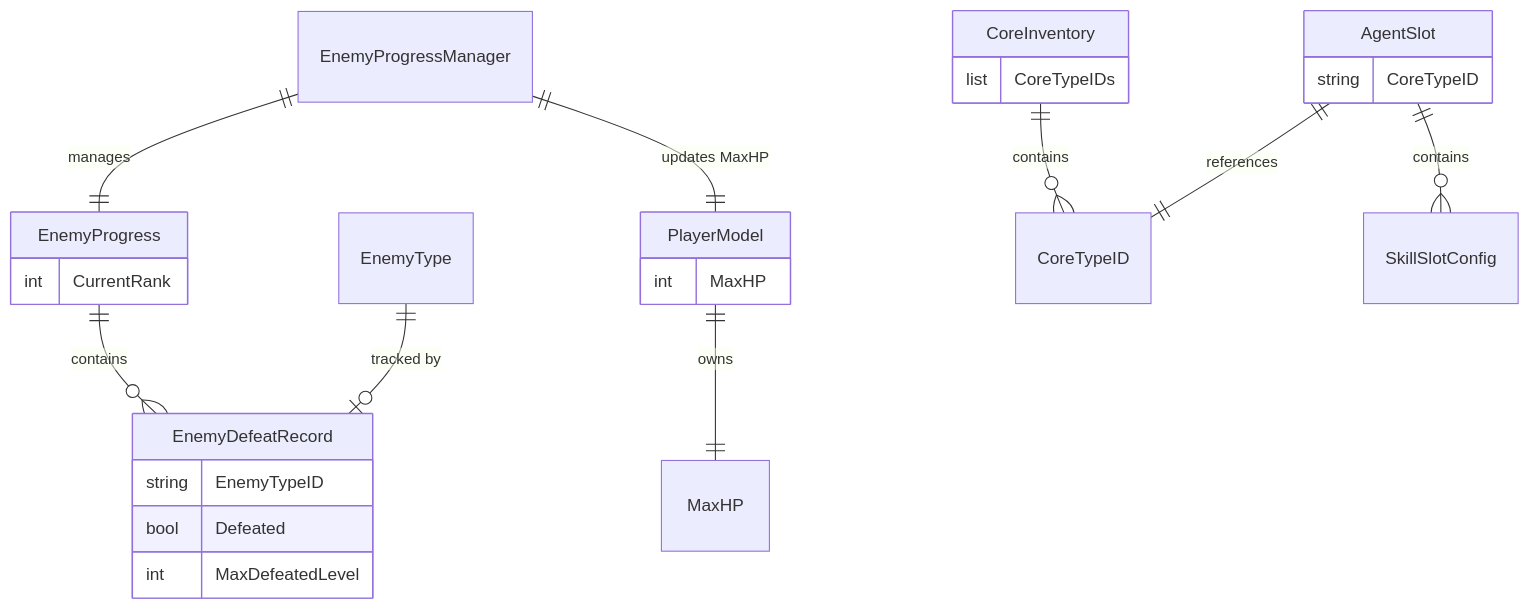
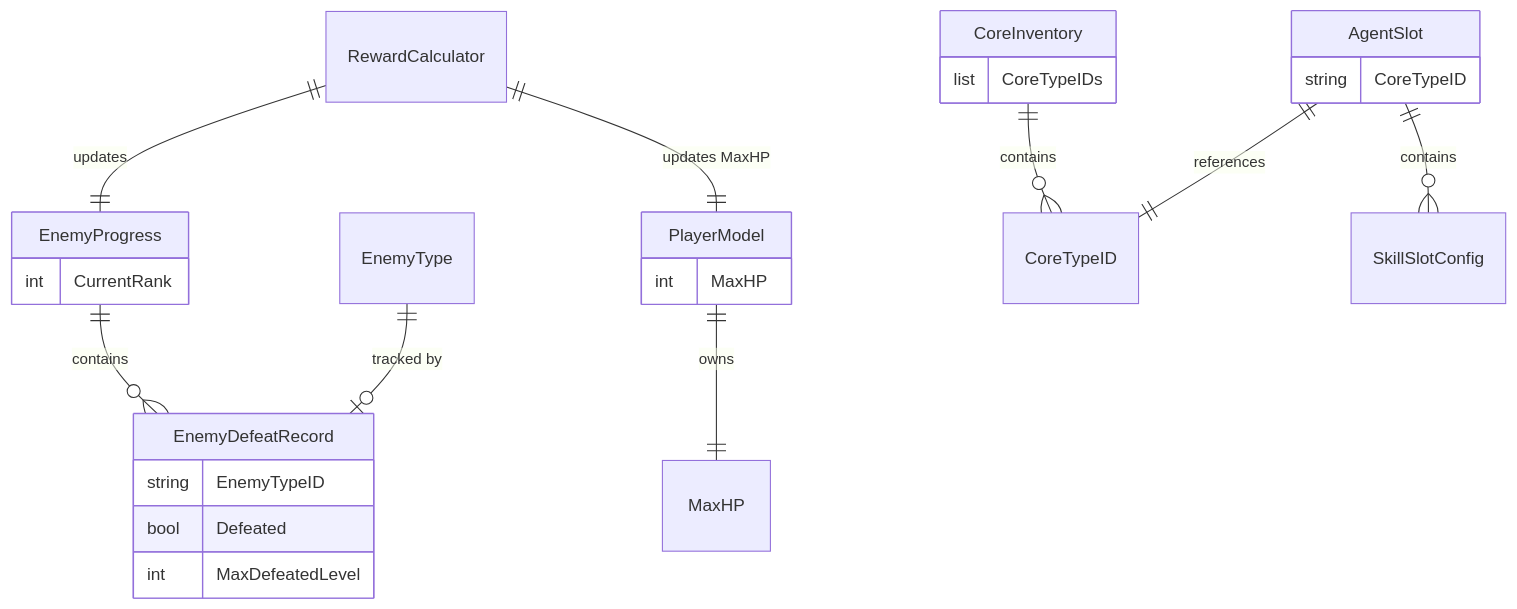
Before and after one commit to hirorocky/BlitzTypingOperator: the fourth of 4 diagrams in .kiro/specs/core-level-removal/design.md, drawn with Mermaid. The commit also changed other lines of this file and 6 other files, not shown here.

````diff
--- a/.kiro/specs/core-level-removal/design.md
+++ b/.kiro/specs/core-level-removal/design.md
@@ -723,29 +729,29 @@
 ```mermaid
 erDiagram
     EnemyProgress ||--o{ EnemyDefeatRecord : contains
-    EnemyProgressManager ||--|| EnemyProgress : manages
-    EnemyProgressManager ||--|| PlayerModel : "updates MaxHP"
+    RewardCalculator ||--|| EnemyProgress : updates
+    RewardCalculator ||--|| PlayerModel : "updates MaxHP"
     EnemyType ||--o| EnemyDefeatRecord : "tracked by"
     CoreInventory ||--o{ CoreTypeID : contains
     AgentSlot ||--|| CoreTypeID : references
     AgentSlot ||--o{ SkillSlotConfig : contains
     PlayerModel ||--|| MaxHP : owns
 
     EnemyProgress {
         int CurrentRank
     }
     EnemyDefeatRecord {
         string EnemyTypeID
         bool Defeated
         int MaxDefeatedLevel
     }
     PlayerModel {
         int MaxHP
     }
     CoreInventory {
         list CoreTypeIDs
     }
     AgentSlot {
         string CoreTypeID
     }
 ```
````
